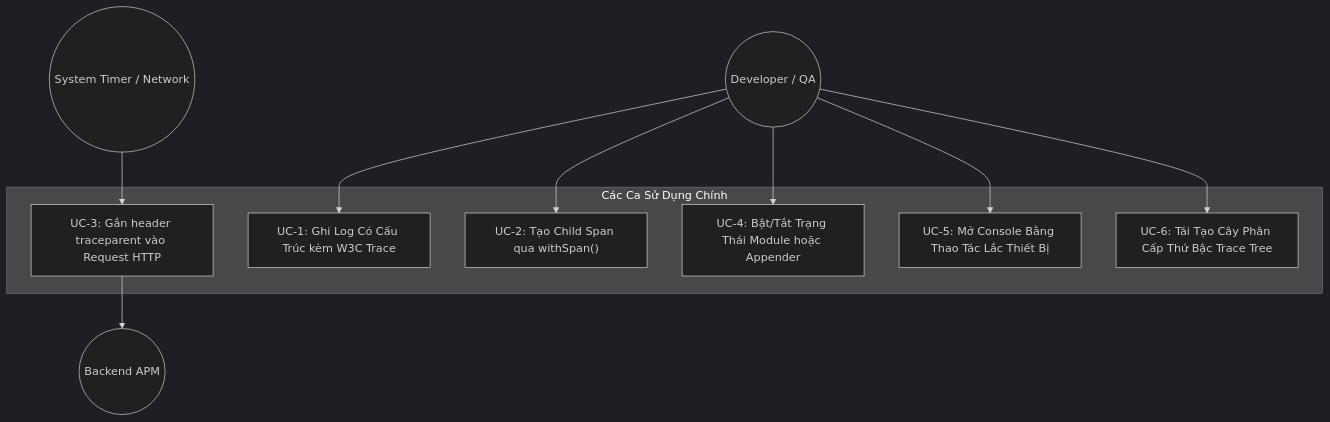
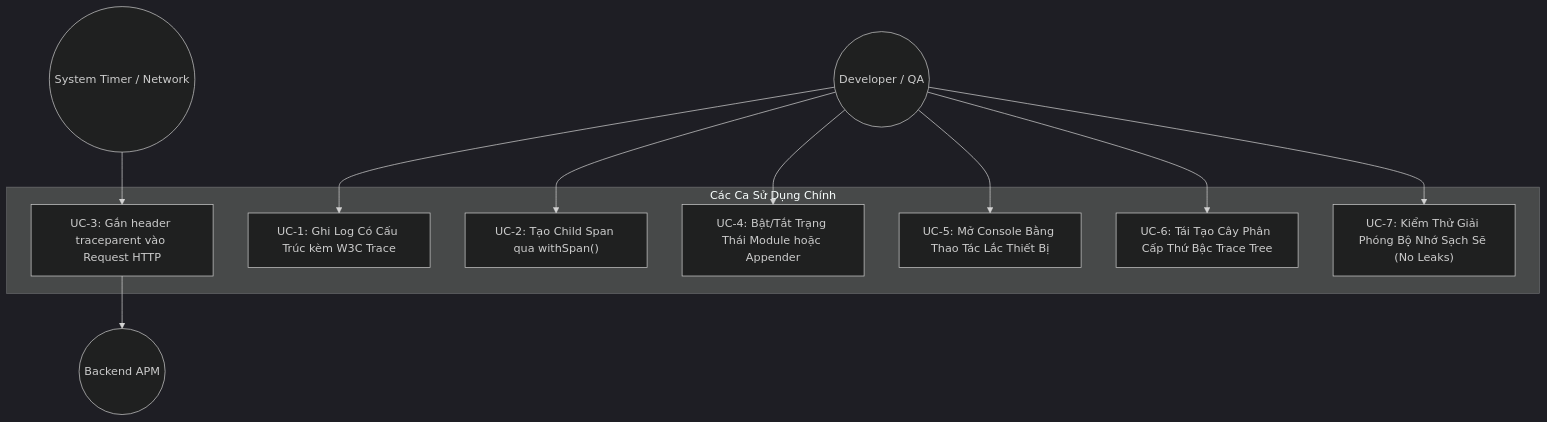
The second of 3 diagrams in .devtool/epic/pulse_logger/pulse_logger.vi.md (DanhDue/ios_digital_wallet), drawn with Mermaid (dark theme) before and after one commit. The commit also changed other lines of this file and 18 other files, not shown here.

````diff
--- a/.devtool/epic/pulse_logger/pulse_logger.vi.md
+++ b/.devtool/epic/pulse_logger/pulse_logger.vi.md
@@ -109,23 +113,25 @@
 ```mermaid
 flowchart TD
     Developer((Developer / QA))
     SystemTimer((System Timer / Network))
     BackendSvc((Backend APM))
 
     subgraph UseCases["Các Ca Sử Dụng Chính"]
         UC1["UC-1: Ghi Log Có Cấu Trúc kèm W3C Trace"]
         UC2["UC-2: Tạo Child Span qua withSpan()"]
         UC3["UC-3: Gắn header traceparent vào Request HTTP"]
         UC4["UC-4: Bật/Tắt Trạng Thái Module hoặc Appender"]
         UC5["UC-5: Mở Console Bằng Thao Tác Lắc Thiết Bị"]
         UC6["UC-6: Tái Tạo Cây Phân Cấp Thứ Bậc Trace Tree"]
+        UC7["UC-7: Kiểm Thử Giải Phóng Bộ Nhớ Sạch Sẽ (No Leaks)"]
     end
 
     Developer --> UC1
     Developer --> UC2
     Developer --> UC4
     Developer --> UC5
     SystemTimer --> UC3
     UC3 --> BackendSvc
     Developer --> UC6
+    Developer --> UC7
 ```
````
